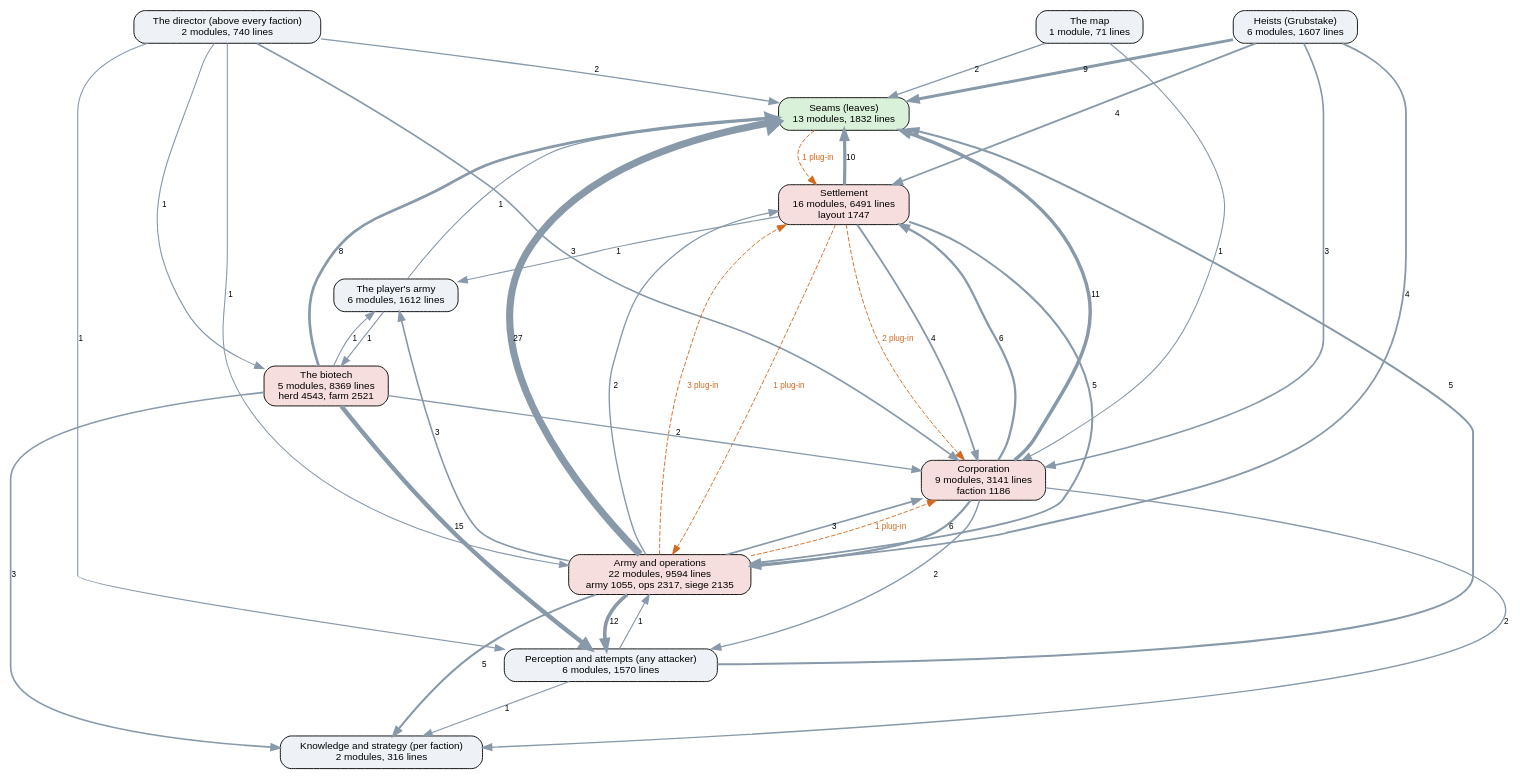
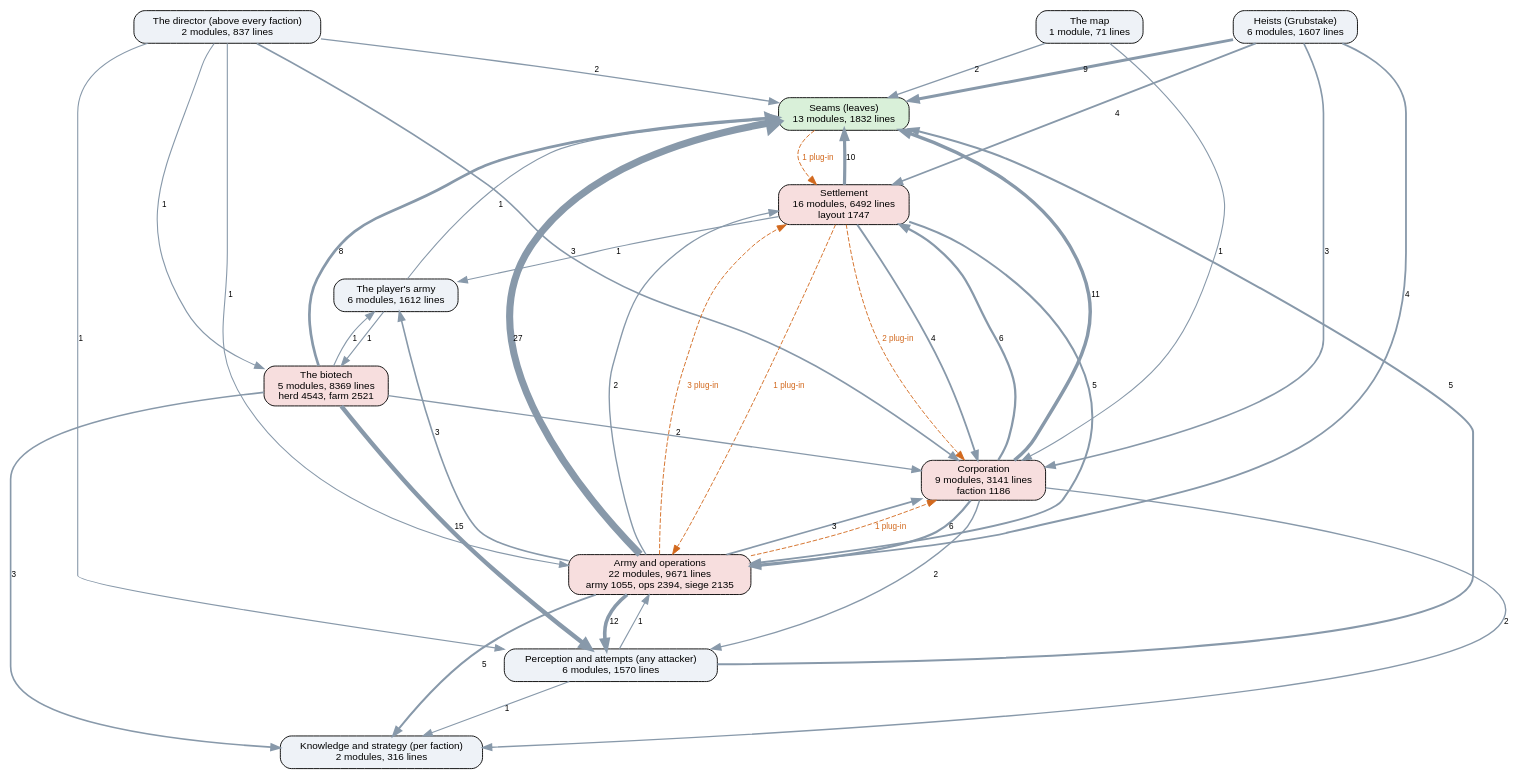
Before and after one commit to kinelhu/landing-party: the diagram in docs/ai-layers.dot, drawn with Graphviz. The commit also changed 13 other files, not shown here.

```diff
--- a/docs/ai-layers.dot
+++ b/docs/ai-layers.dot
@@ -1,57 +1,57 @@
 digraph layers {
   graph [rankdir=TB, fontname="Helvetica", nodesep=0.5, ranksep=0.7];
   node [shape=box, style="rounded,filled", fontname="Helvetica", fontsize=11, fillcolor="#eef2f7"];
   edge [color="#8899aa", fontname="Helvetica", fontsize=9];
   "Seams (leaves)" [label="Seams (leaves)\n13 modules, 1832 lines", fillcolor="#d9f0d9"];
   "Perception and attempts (any attacker)" [label="Perception and attempts (any attacker)\n6 modules, 1570 lines", fillcolor="#eef2f7"];
   "Knowledge and strategy (per faction)" [label="Knowledge and strategy (per faction)\n2 modules, 316 lines", fillcolor="#eef2f7"];
-  "The director (above every faction)" [label="The director (above every faction)\n2 modules, 740 lines", fillcolor="#eef2f7"];
+  "The director (above every faction)" [label="The director (above every faction)\n2 modules, 837 lines", fillcolor="#eef2f7"];
   "Corporation" [label="Corporation\n9 modules, 3141 lines\nfaction 1186", fillcolor="#f7dede"];
-  "Settlement" [label="Settlement\n16 modules, 6491 lines\nlayout 1747", fillcolor="#f7dede"];
-  "Army and operations" [label="Army and operations\n22 modules, 9594 lines\narmy 1055, ops 2317, siege 2135", fillcolor="#f7dede"];
+  "Settlement" [label="Settlement\n16 modules, 6492 lines\nlayout 1747", fillcolor="#f7dede"];
+  "Army and operations" [label="Army and operations\n22 modules, 9671 lines\narmy 1055, ops 2394, siege 2135", fillcolor="#f7dede"];
   "Heists (Grubstake)" [label="Heists (Grubstake)\n6 modules, 1607 lines", fillcolor="#eef2f7"];
   "The biotech" [label="The biotech\n5 modules, 8369 lines\nherd 4543, farm 2521", fillcolor="#f7dede"];
   "The map" [label="The map\n1 module, 71 lines", fillcolor="#eef2f7"];
   "The player's army" [label="The player's army\n6 modules, 1612 lines", fillcolor="#eef2f7"];
   "Army and operations" -> "Corporation" [label="3", penwidth=1.8];
   "Army and operations" -> "Knowledge and strategy (per faction)" [label="5", penwidth=2.2];
   "Army and operations" -> "Perception and attempts (any attacker)" [label="12", penwidth=4.0];
   "Army and operations" -> "Seams (leaves)" [label="27", penwidth=7.8];
   "Army and operations" -> "Settlement" [label="2", penwidth=1.5];
   "Army and operations" -> "The player's army" [label="3", penwidth=1.8];
   "Corporation" -> "Army and operations" [label="6", penwidth=2.5];
   "Corporation" -> "Knowledge and strategy (per faction)" [label="2", penwidth=1.5];
   "Corporation" -> "Perception and attempts (any attacker)" [label="2", penwidth=1.5];
   "Corporation" -> "Seams (leaves)" [label="11", penwidth=3.8];
   "Corporation" -> "Settlement" [label="6", penwidth=2.5];
   "Heists (Grubstake)" -> "Army and operations" [label="4", penwidth=2.0];
   "Heists (Grubstake)" -> "Corporation" [label="3", penwidth=1.8];
   "Heists (Grubstake)" -> "Seams (leaves)" [label="9", penwidth=3.2];
   "Heists (Grubstake)" -> "Settlement" [label="4", penwidth=2.0];
   "Perception and attempts (any attacker)" -> "Army and operations" [label="1", penwidth=1.2];
   "Perception and attempts (any attacker)" -> "Knowledge and strategy (per faction)" [label="1", penwidth=1.2];
   "Perception and attempts (any attacker)" -> "Seams (leaves)" [label="5", penwidth=2.2];
   "Settlement" -> "Army and operations" [label="5", penwidth=2.2];
   "Settlement" -> "Corporation" [label="4", penwidth=2.0];
   "Settlement" -> "Seams (leaves)" [label="10", penwidth=3.5];
   "Settlement" -> "The player's army" [label="1", penwidth=1.2];
   "The biotech" -> "Corporation" [label="2", penwidth=1.5];
   "The biotech" -> "Knowledge and strategy (per faction)" [label="3", penwidth=1.8];
   "The biotech" -> "Perception and attempts (any attacker)" [label="15", penwidth=4.8];
   "The biotech" -> "Seams (leaves)" [label="8", penwidth=3.0];
   "The biotech" -> "The player's army" [label="1", penwidth=1.2];
   "The director (above every faction)" -> "Army and operations" [label="1", penwidth=1.2];
   "The director (above every faction)" -> "Corporation" [label="3", penwidth=1.8];
   "The director (above every faction)" -> "Perception and attempts (any attacker)" [label="1", penwidth=1.2];
   "The director (above every faction)" -> "Seams (leaves)" [label="2", penwidth=1.5];
   "The director (above every faction)" -> "The biotech" [label="1", penwidth=1.2];
   "The map" -> "Corporation" [label="1", penwidth=1.2];
   "The map" -> "Seams (leaves)" [label="2", penwidth=1.5];
   "The player's army" -> "Seams (leaves)" [label="1", penwidth=1.2];
   "The player's army" -> "The biotech" [label="1", penwidth=1.2];
   "Army and operations" -> "Corporation" [style=dashed, color="#d2691e", fontcolor="#d2691e", label="1 plug-in"];
   "Army and operations" -> "Settlement" [style=dashed, color="#d2691e", fontcolor="#d2691e", label="3 plug-in"];
   "Seams (leaves)" -> "Settlement" [style=dashed, color="#d2691e", fontcolor="#d2691e", label="1 plug-in"];
   "Settlement" -> "Army and operations" [style=dashed, color="#d2691e", fontcolor="#d2691e", label="1 plug-in"];
   "Settlement" -> "Corporation" [style=dashed, color="#d2691e", fontcolor="#d2691e", label="2 plug-in"];
 }
```
